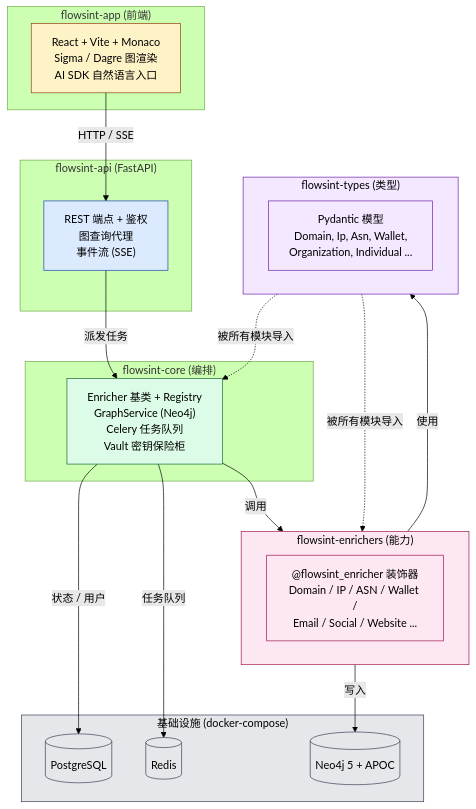
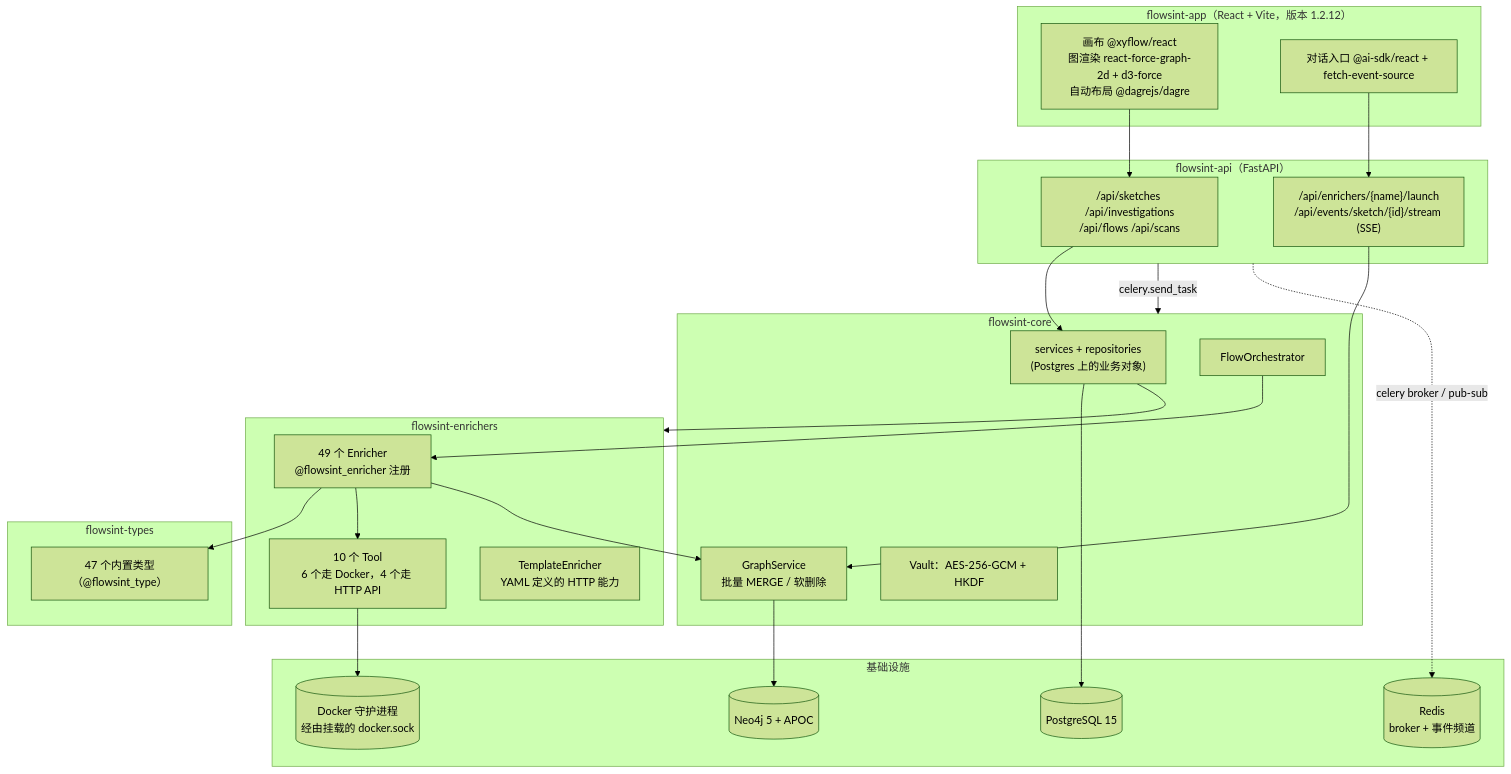
One commit to A1pha3/text-matrix changed the first of 2 diagrams in content/posts/tech/reconurge-flowsint-graph-osint-guide.md. Above: the diagram before and after it, drawn with Mermaid (forest theme). The commit also changed other lines of this file and 68 other files, not shown here.

````diff
--- a/content/posts/tech/reconurge-flowsint-graph-osint-guide.md
+++ b/content/posts/tech/reconurge-flowsint-graph-osint-guide.md
@@ -48,51 +33,51 @@
 ```mermaid
 flowchart TB
-    subgraph FE["flowsint-app (前端)"]
-        UI["React + Vite + Monaco<br/>Sigma / Dagre 图渲染<br/>AI SDK 自然语言入口"]
+    subgraph APP["flowsint-app（React + Vite，版本 1.2.12）"]
+        CANVAS["画布 @xyflow/react<br/>图渲染 react-force-graph-2d + d3-force<br/>自动布局 @dagrejs/dagre"]
+        AI["对话入口 @ai-sdk/react + fetch-event-source"]
     end
 
-    subgraph API["flowsint-api (FastAPI)"]
-        ROUTE["REST 端点 + 鉴权<br/>图查询代理<br/>事件流 (SSE)"]
+    subgraph API["flowsint-api（FastAPI）"]
+        R1["/api/sketches /api/investigations<br/>/api/flows /api/scans"]
+        R2["/api/enrichers/{name}/launch<br/>/api/events/sketch/{id}/stream (SSE)"]
     end
 
-    subgraph CORE["flowsint-core (编排)"]
-        ORCH["Enricher 基类 + Registry<br/>GraphService (Neo4j)<br/>Celery 任务队列<br/>Vault 密钥保险柜"]
+    subgraph CORE["flowsint-core"]
+        SVC["services + repositories<br/>(Postgres 上的业务对象)"]
+        GS["GraphService<br/>批量 MERGE / 软删除"]
+        ORCH["FlowOrchestrator"]
+        VLT["Vault：AES-256-GCM + HKDF"]
     end
 
-    subgraph ENR["flowsint-enrichers (能力)"]
-        REG["@flowsint_enricher 装饰器<br/>Domain / IP / ASN / Wallet /<br/>Email / Social / Website ..."]
+    subgraph ENR["flowsint-enrichers"]
+        E49["49 个 Enricher<br/>@flowsint_enricher 注册"]
+        T10["10 个 Tool<br/>6 个走 Docker，4 个走 HTTP API"]
+        TPL["TemplateEnricher<br/>YAML 定义的 HTTP 能力"]
     end
 
-    subgraph TYP["flowsint-types (类型)"]
-        PYD["Pydantic 模型<br/>Domain, Ip, Asn, Wallet,<br/>Organization, Individual ..."]
+    subgraph TYP["flowsint-types"]
+        PT["47 个内置类型（@flowsint_type）"]
     end
 
-    subgraph INFRA["基础设施 (docker-compose)"]
-        PG[("PostgreSQL")]
-        RD[("Redis")]
+    subgraph INFRA["基础设施"]
+        PG[("PostgreSQL 15")]
+        RD[("Redis<br/>broker + 事件频道")]
         N4J[("Neo4j 5 + APOC")]
+        WL[("Docker 守护进程<br/>经由挂载的 docker.sock")]
     end
 
-    UI -->|HTTP / SSE| ROUTE
-    ROUTE -->|派发任务| ORCH
-    ORCH -->|调用| ENR
-    ENR -->|使用| TYP
-    ENR -->|写入| N4J
-    ORCH -->|状态 / 用户| PG
-    ORCH -->|任务队列| RD
-    TYP -.被所有模块导入.-> ORCH
-    TYP -.被所有模块导入.-> ENR
-
-    classDef fe fill:#fef3c7,stroke:#92400e,color:#000
-    classDef api fill:#dbeafe,stroke:#1e40af,color:#000
-    classDef core fill:#dcfce7,stroke:#166534,color:#000
-    classDef enr fill:#fce7f3,stroke:#9d174d,color:#000
-    classDef typ fill:#f3e8ff,stroke:#6b21a8,color:#000
-    classDef infra fill:#e5e7eb,stroke:#374151,color:#000
-    class UI fe
-    class ROUTE api
-    class ORCH core
-    class REG,ENR enr
-    class TYP,PYD typ
-    class PG,RD,N4J,INFRA infra
+    CANVAS --> R1
+    AI --> R2
+    R1 --> SVC
+    R2 --> GS
+    API -->|"celery.send_task"| CORE
+    SVC --> ENR
+    E49 --> PT
+    E49 --> T10
+    T10 --> WL
+    E49 --> GS
+    ORCH --> E49
+    SVC --> PG
+    API -.->|"celery broker / pub-sub"| RD
+    GS --> N4J
 ```
````
